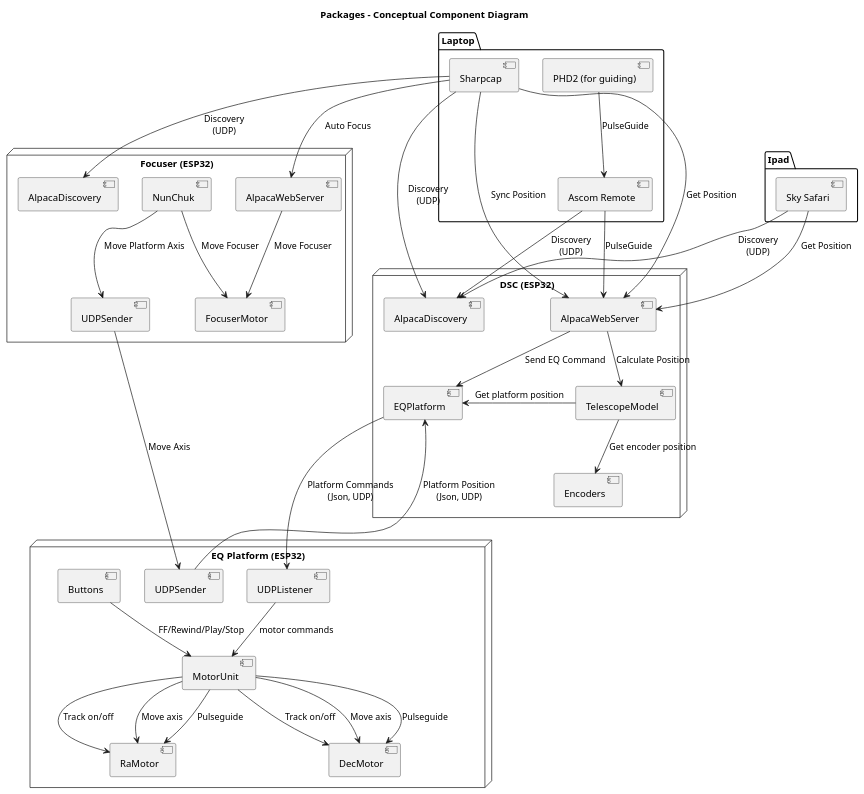
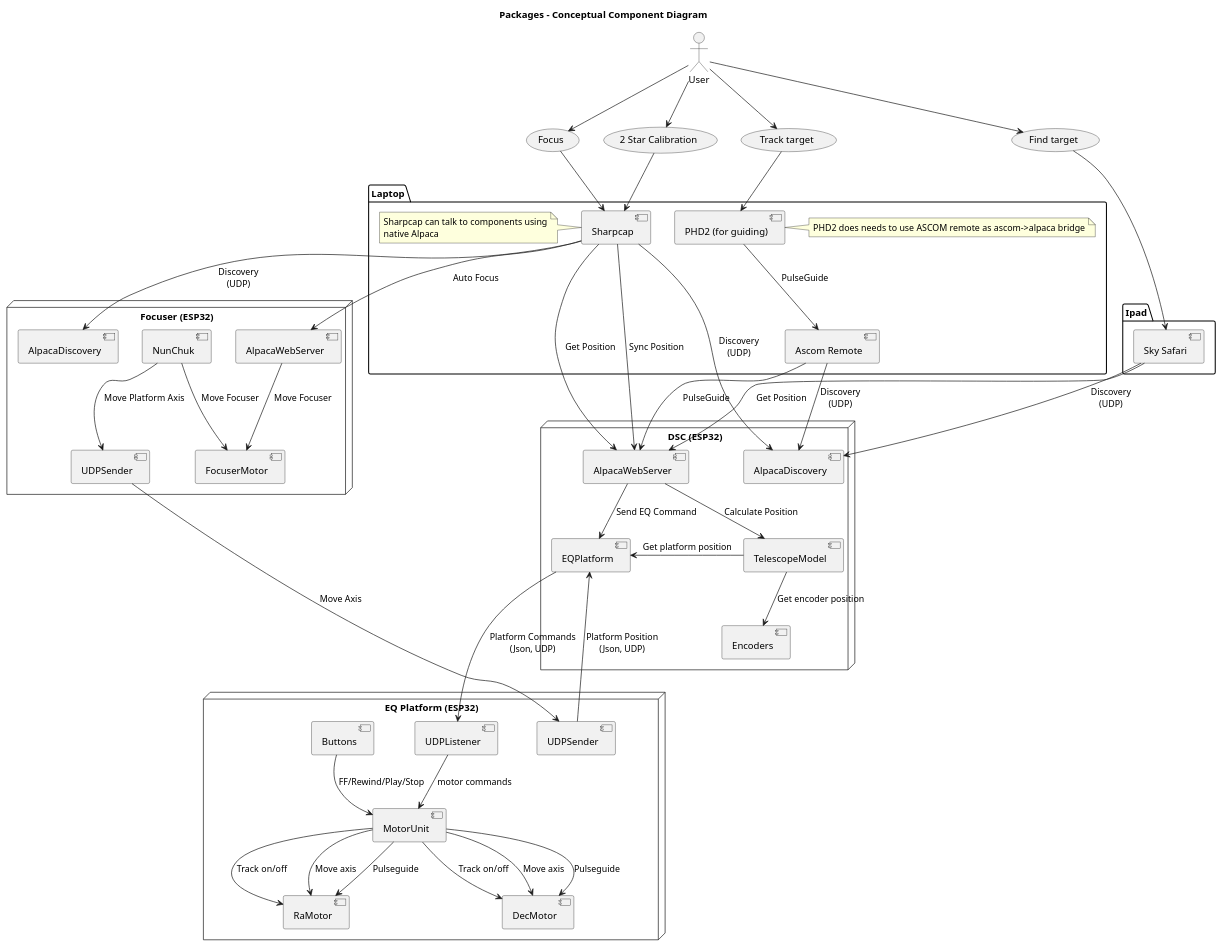
The diagram in docs/diagrams/src/components.puml (jacrify/FrankenDobDSC), drawn with PlantUML before and after one commit. The commit also changed 2 other files, not shown here.

Commit message:
Updated diagram

```diff
--- a/docs/diagrams/src/components.puml
+++ b/docs/diagrams/src/components.puml
@@ -1,79 +1,99 @@
 @startuml ComponentDiagram
 
 
 
 title Packages - Conceptual Component Diagram
 
+:User: --> (FindTarget)
+:User: --> (TrackTarget)
+:User: --> (2Star)
+:User: --> (Focus)
+"Find target" as (FindTarget)
+"Track target" as (TrackTarget)
+"2 Star Calibration" as (2Star)
+
+
+
+
+
 package "Laptop" {
     component [PHD2 (for guiding)] as PHD2
     component [Sharpcap] as Sharpcap
     component [Ascom Remote] as AscomRemote
+    note left of Sharpcap : Sharpcap can talk to components using\nnative Alpaca
+    note right of PHD2 : PHD2 does needs to use ASCOM remote as ascom->alpaca bridge
 
 }
 package "Ipad" {
     component [Sky Safari] as SkySafari
 
 }
 
 node "DSC (ESP32)" {
 
     component AlpacaDiscovery as AlpacaDiscovery
     component "AlpacaWebServer"
     component "EQPlatform"
     component "Encoders"
      component "TelescopeModel"
 
 } 
 node "EQ Platform (ESP32)" {
  component "UDPListener"
  component "UDPSender"
  component "MotorUnit"
  component "Buttons"
  component "RaMotor"
  component "DecMotor"
 } 
 
 
 
 node "Focuser (ESP32)" {
 component [NunChuk] as NunChuk
 component [UDPSender] as FUDPSender
 component [FocuserMotor] as FocuserMotor
 component [AlpacaDiscovery] as FAlpacaDiscovery
 component AlpacaWebServer as FAlpacaWebServer
 }
 
 Sharpcap --> AlpacaWebServer : "Sync Position"
 Sharpcap --> AlpacaWebServer : "Get Position"
 Sharpcap -left-> FAlpacaWebServer : "Auto Focus"
 Sharpcap --> AlpacaDiscovery : "Discovery\n(UDP)"
 Sharpcap --> FAlpacaDiscovery : "Discovery\n(UDP)"
 SkySafari --> AlpacaDiscovery : "Discovery\n(UDP)"
 PHD2 --> AscomRemote : "PulseGuide"
 AscomRemote --> AlpacaWebServer : "PulseGuide"
 AscomRemote --> AlpacaDiscovery : "Discovery\n(UDP)"
 SkySafari-down-> AlpacaWebServer : "Get Position"
   
 NunChuk-->FUDPSender: "Move Platform Axis"
 NunChuk-->FocuserMotor: "Move Focuser"
 FAlpacaWebServer-->FocuserMotor : "Move Focuser"
 FUDPSender-down->UDPSender : Move Axis
 
 TelescopeModel-->Encoders : "Get encoder position"
 TelescopeModel-right->EQPlatform : "Get platform position"
 AlpacaWebServer-->TelescopeModel: "Calculate Position"
 
 EQPlatform -down--> UDPListener : "Platform Commands\n(Json, UDP)"
 AlpacaWebServer --> EQPlatform : "Send EQ Command"
 UDPSender -up-> EQPlatform : "Platform Position\n(Json, UDP)"
 
 
 UDPListener-->MotorUnit: "motor commands"
 MotorUnit-->RaMotor : "Track on/off"
 MotorUnit-->RaMotor : "Move axis"
 MotorUnit-->RaMotor : "Pulseguide"
 MotorUnit-->DecMotor : "Track on/off"
 MotorUnit-->DecMotor : "Move axis"
 MotorUnit-->DecMotor : "Pulseguide"
 Buttons-->MotorUnit: "FF/Rewind/Play/Stop"
+
+
+FindTarget-down->SkySafari
+2Star-down->Sharpcap
+TrackTarget-down->PHD2
+Focus-down->Sharpcap
 @enduml
```
